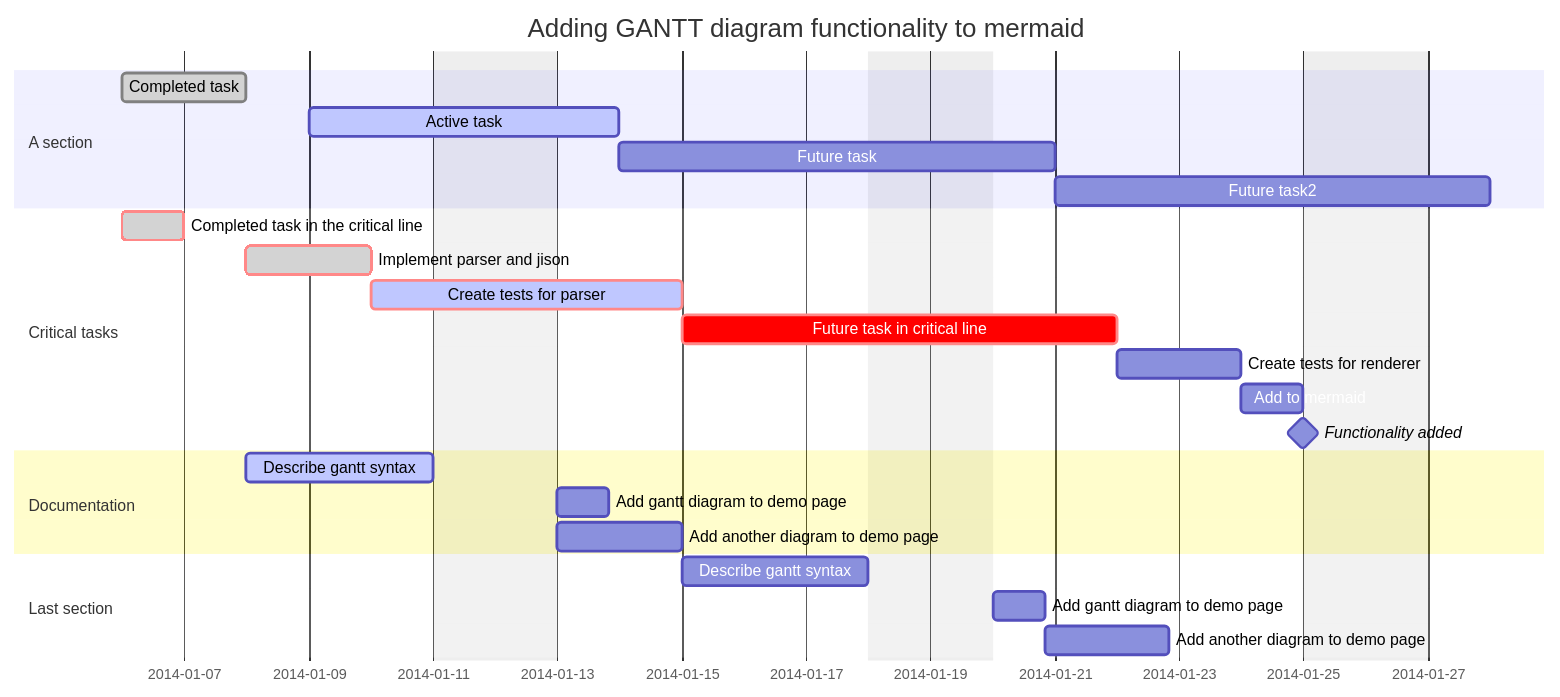
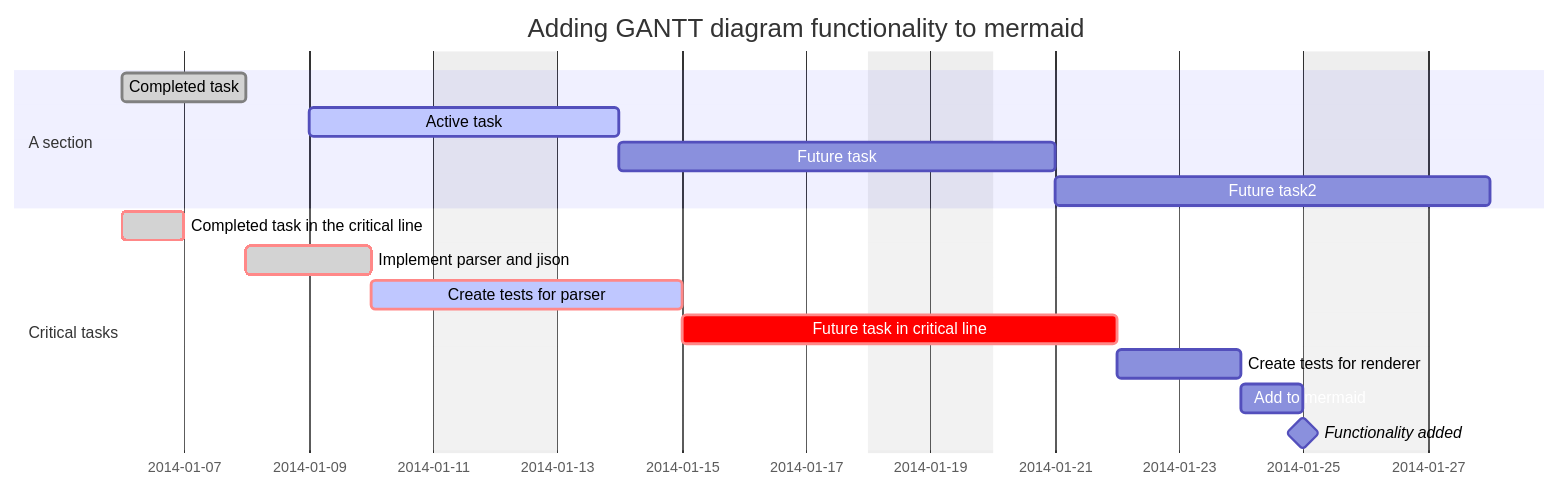
Before and after one commit to mo6/viewmd: the eighth of 8 diagrams in docs/example.md, drawn with Mermaid. The commit also changed 1 other file, not shown here.

Commit message:
Trim gantt demo example to two sections (VIEWMD-0032)
Drop 'Documentation' and 'Last section' from the D2 full-syntax example on
the demo page -- 'A section'/'Critical tasks' alone still exercise every
status tag (done/active/untagged/crit/milestone), excludes weekends, and
after/until chaining, at roughly half the rendered height.

````diff
--- a/docs/example.md
+++ b/docs/example.md
@@ -276,31 +276,21 @@
 ```mermaid
 gantt
     dateFormat  YYYY-MM-DD
     title       Adding GANTT diagram functionality to mermaid
     excludes    weekends
 
     section A section
     Completed task            :done,    des1, 2014-01-06,2014-01-08
     Active task               :active,  des2, 2014-01-09, 3d
     Future task               :         des3, after des2, 5d
     Future task2               :        des4, after des3, 5d
 
     section Critical tasks
     Completed task in the critical line :crit, done, 2014-01-06,24h
     Implement parser and jison          :crit, done, after des1, 2d
     Create tests for parser             :crit, active, 3d
     Future task in critical line        :crit, 5d
     Create tests for renderer           :2d
     Add to mermaid                      :until isadded
     Functionality added                 :milestone, isadded, 2014-01-25, 0d
-
-    section Documentation
-    Describe gantt syntax               :active, a1, after des1, 3d
-    Add gantt diagram to demo page      :after a1  , 20h
-    Add another diagram to demo page    :doc1, after a1  , 48h
-
-    section Last section
-    Describe gantt syntax               :after doc1, 3d
-    Add gantt diagram to demo page      :20h
-    Add another diagram to demo page    :48h
 ```
````
